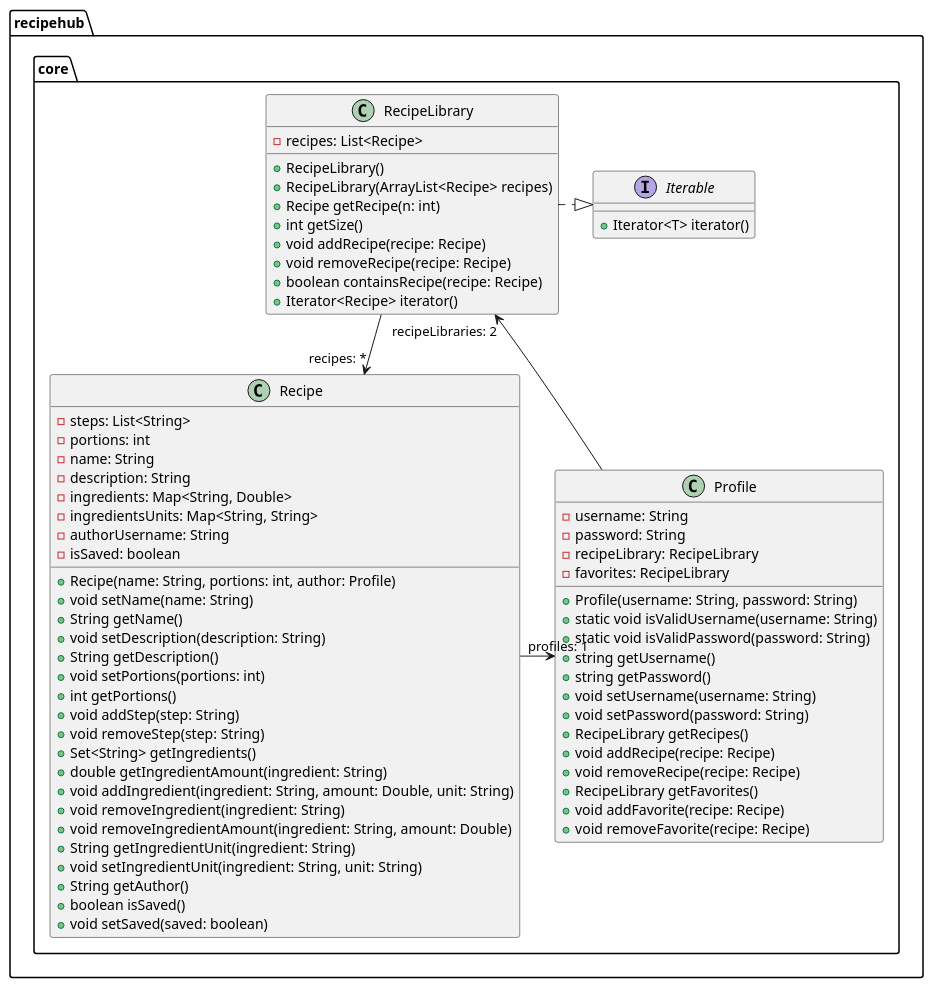
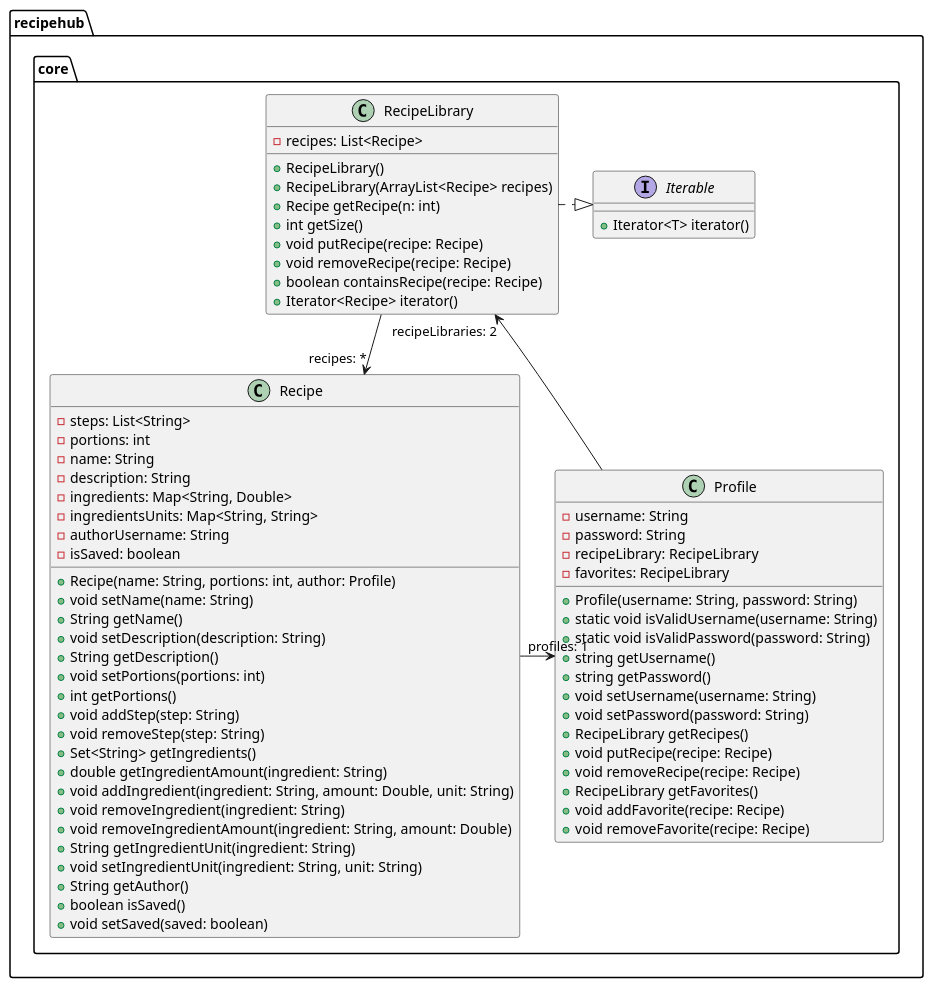
The diagram in architecture/classDiagramCore.puml (MortenMadsenLyngstad/RecipeHub), drawn with PlantUML before and after one commit. The commit also changed 19 other files, not shown here.

First line of the commit message:
Added putRecipe() to RecipeLibrary

```diff
--- a/architecture/classDiagramCore.puml
+++ b/architecture/classDiagramCore.puml
@@ -1,76 +1,76 @@
 @startuml classDiagramCore
 
 package recipehub.core {
     class Profile {
         - username: String 
         - password: String
         - recipeLibrary: RecipeLibrary
         - favorites: RecipeLibrary
         + Profile(username: String, password: String)
         + static void isValidUsername(username: String)
         + static void isValidPassword(password: String)
         + string getUsername()
         + string getPassword()
         + void setUsername(username: String)
         + void setPassword(password: String)
         + RecipeLibrary getRecipes()
-        + void addRecipe(recipe: Recipe)
+        + void putRecipe(recipe: Recipe)
         + void removeRecipe(recipe: Recipe)
         + RecipeLibrary getFavorites()
         + void addFavorite(recipe: Recipe)
         + void removeFavorite(recipe: Recipe)
     }
 
     class Recipe {
         - steps: List<String>
         - portions: int
         - name: String
         - description: String
         - ingredients: Map<String, Double>
         - ingredientsUnits: Map<String, String>
         - authorUsername: String
         - isSaved: boolean
         + Recipe(name: String, portions: int, author: Profile)
         + void setName(name: String)
         + String getName()
         + void setDescription(description: String)
         + String getDescription()
         + void setPortions(portions: int)
         + int getPortions()
         + void addStep(step: String)
         + void removeStep(step: String)
         + Set<String> getIngredients()
         + double getIngredientAmount(ingredient: String)
         + void addIngredient(ingredient: String, amount: Double, unit: String)
         + void removeIngredient(ingredient: String)
         + void removeIngredientAmount(ingredient: String, amount: Double)
         + String getIngredientUnit(ingredient: String)
         + void setIngredientUnit(ingredient: String, unit: String)
         + String getAuthor()
         + boolean isSaved()
         + void setSaved(saved: boolean) 
     }
 
     class RecipeLibrary {
         - recipes: List<Recipe>
         + RecipeLibrary()
         + RecipeLibrary(ArrayList<Recipe> recipes)
         + Recipe getRecipe(n: int)
         + int getSize()
-        + void addRecipe(recipe: Recipe)
+        + void putRecipe(recipe: Recipe)
         + void removeRecipe(recipe: Recipe)
         + boolean containsRecipe(recipe: Recipe)
         + Iterator<Recipe> iterator()
     }
 
     interface Iterable {
         + Iterator<T> iterator()
     }
 
 RecipeLibrary  -right-> "recipes: *" Recipe
 Profile -up-> "recipeLibraries: 2" RecipeLibrary
 Recipe -right-> "profiles: 1" Profile
 Iterable <|.left. RecipeLibrary
 }
 
 @enduml
```
